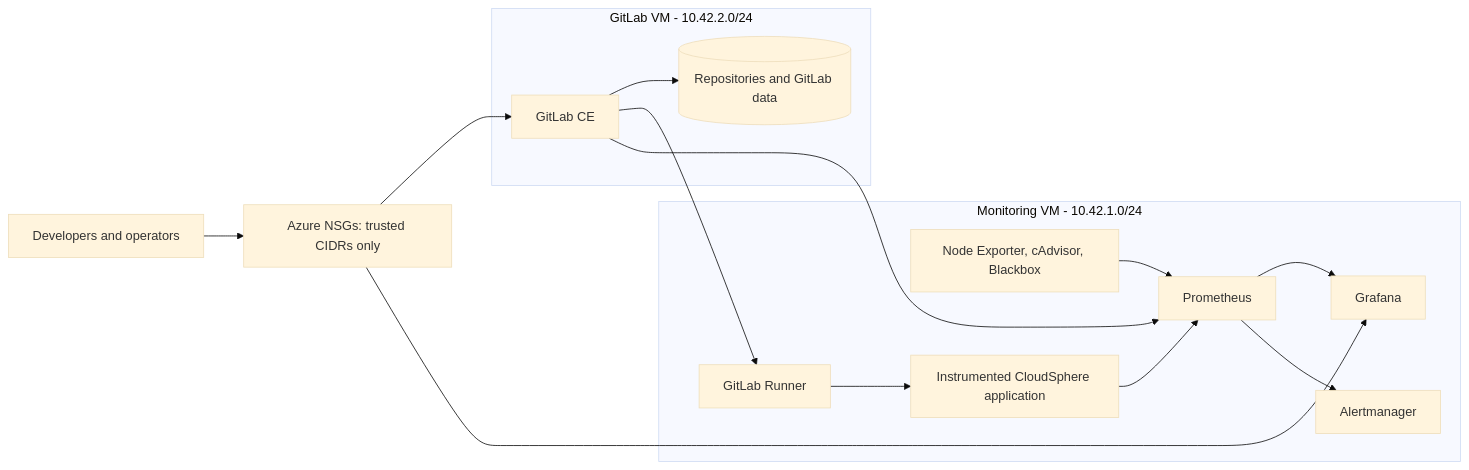
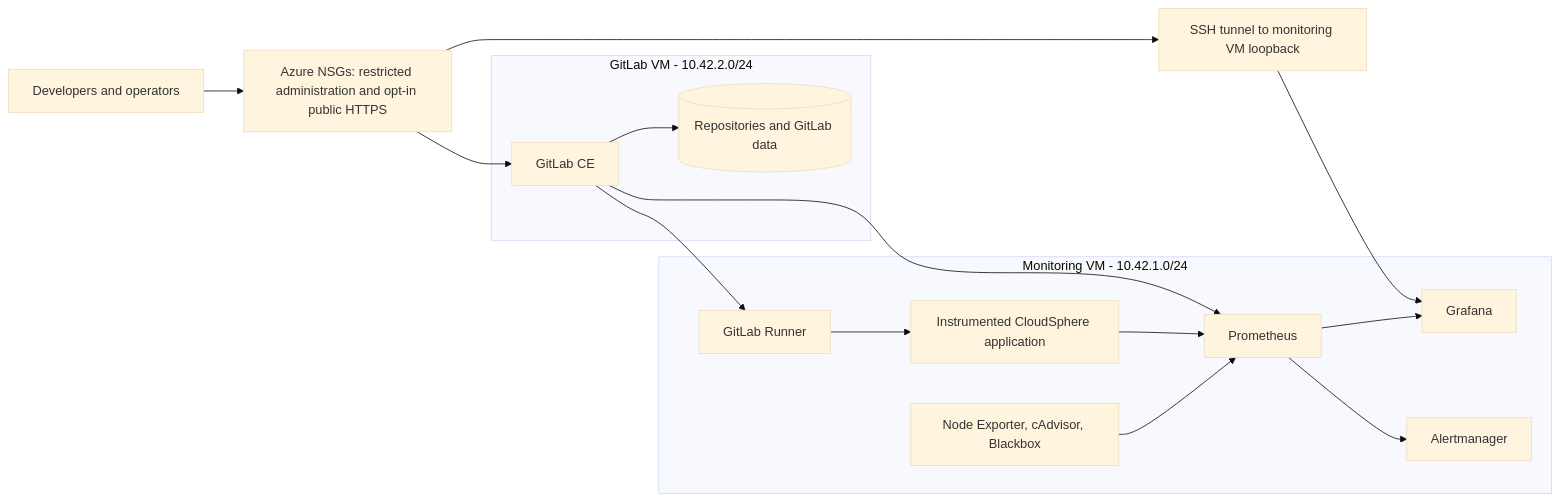
One commit to ibrahimalhabiab-web/CloudSphere changed the diagram in README.md. Above: the diagram before and after it, drawn with Mermaid (base theme). The commit also changed other lines of this file and 17 other files, not shown here.

Commit message:
Add secure public CloudSphere HTTPS frontend

````diff
--- a/README.md
+++ b/README.md
@@ -24,31 +24,33 @@
 ```mermaid
 flowchart LR
     User[Developers and operators]
-    Azure[Azure NSGs: trusted CIDRs only]
+    Azure[Azure NSGs: restricted administration and opt-in public HTTPS]
+    Tunnel[SSH tunnel to monitoring VM loopback]
 
     subgraph GitLabVM[GitLab VM - 10.42.2.0/24]
         GitLab[GitLab CE]
         Repositories[(Repositories and GitLab data)]
         GitLab --> Repositories
     end
 
     subgraph MonitoringVM[Monitoring VM - 10.42.1.0/24]
         Runner[GitLab Runner]
         Prometheus[Prometheus]
         Grafana[Grafana]
         Alertmanager[Alertmanager]
         Exporters[Node Exporter, cAdvisor, Blackbox]
         CloudSphereApp[Instrumented CloudSphere application]
         Runner --> CloudSphereApp
         Exporters --> Prometheus
         CloudSphereApp --> Prometheus
         Prometheus --> Grafana
         Prometheus --> Alertmanager
     end
 
     User --> Azure
     Azure --> GitLab
-    Azure --> Grafana
+    Azure --> Tunnel
+    Tunnel --> Grafana
     GitLab --> Runner
     GitLab --> Prometheus
 ```
````
